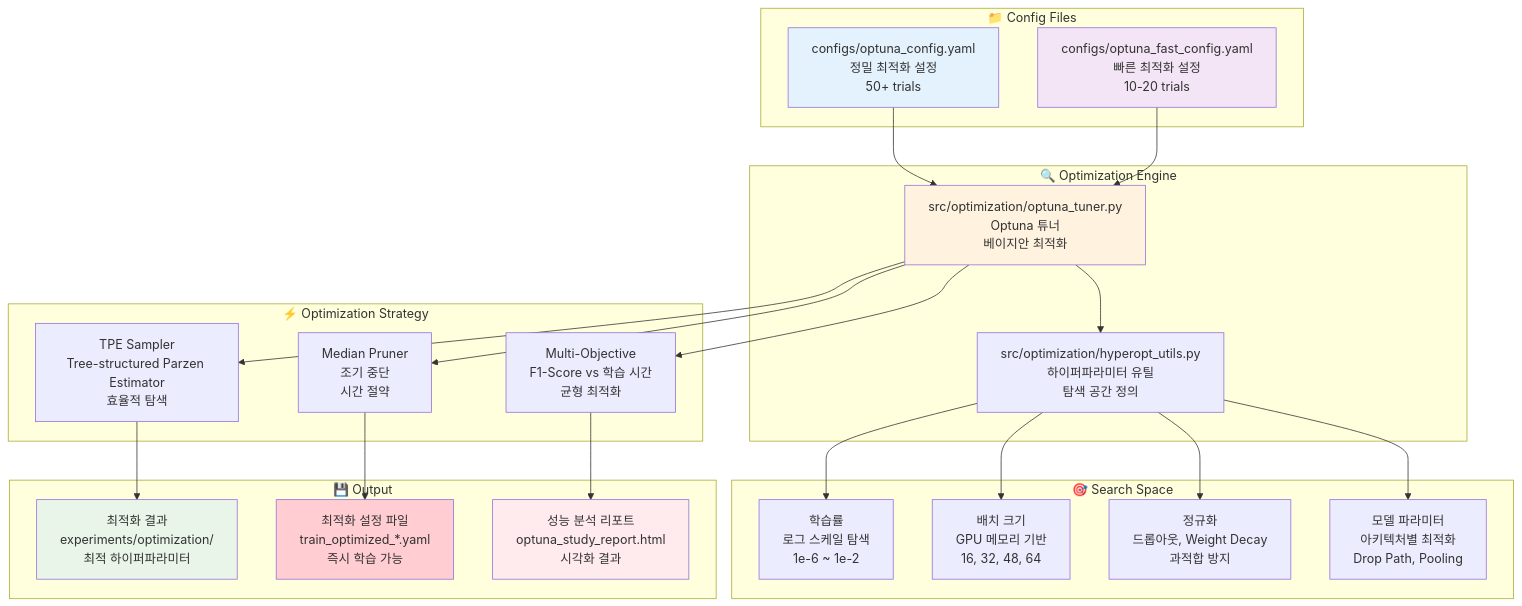
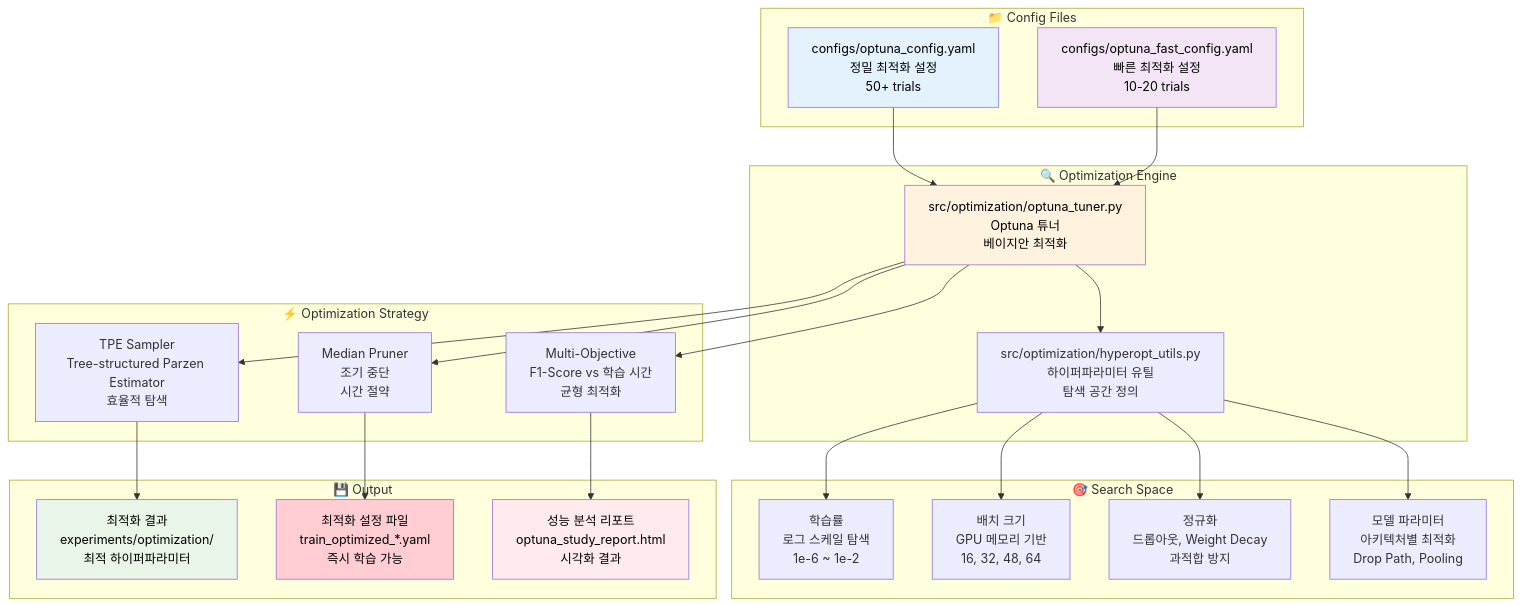
Before and after one commit to nimnusmik/CV_documents_classification_competition: the first of 3 diagrams in docs/configs_폴더_설정 파일_생성/최적화_설정_파일_생성_가이드.md, drawn with Mermaid. The commit also changed other lines of this file and 11 other files, not shown here.

Commit message:
docs: mermaid 글자 색상 명확한 검정색으로 수정

````diff
--- a/docs/configs_폴더_설정 파일_생성/최적화_설정_파일_생성_가이드.md
+++ b/docs/configs_폴더_설정 파일_생성/최적화_설정_파일_생성_가이드.md
@@ -17,55 +17,55 @@
 ```mermaid
 graph TB
     subgraph "📁 Config Files"
         A[configs/optuna_config.yaml<br/>정밀 최적화 설정<br/>50+ trials]
         B[configs/optuna_fast_config.yaml<br/>빠른 최적화 설정<br/>10-20 trials]
     end
     
     subgraph "🔍 Optimization Engine"
         C[src/optimization/optuna_tuner.py<br/>Optuna 튜너<br/>베이지안 최적화]
         D[src/optimization/hyperopt_utils.py<br/>하이퍼파라미터 유틸<br/>탐색 공간 정의]
     end
     
     subgraph "🎯 Search Space"
         E[학습률<br/>로그 스케일 탐색<br/>1e-6 ~ 1e-2]
         F[배치 크기<br/>GPU 메모리 기반<br/>16, 32, 48, 64]
         G[정규화<br/>드롭아웃, Weight Decay<br/>과적합 방지]
         H[모델 파라미터<br/>아키텍처별 최적화<br/>Drop Path, Pooling]
     end
     
     subgraph "⚡ Optimization Strategy"
         I[TPE Sampler<br/>Tree-structured Parzen Estimator<br/>효율적 탐색]
         J[Median Pruner<br/>조기 중단<br/>시간 절약]
         K[Multi-Objective<br/>F1-Score vs 학습 시간<br/>균형 최적화]
     end
     
     subgraph "💾 Output"
         L[최적화 결과<br/>experiments/optimization/<br/>최적 하이퍼파라미터]
         M[최적화 설정 파일<br/>train_optimized_*.yaml<br/>즉시 학습 가능]
         N[성능 분석 리포트<br/>optuna_study_report.html<br/>시각화 결과]
     end
     
     A --> C
     B --> C
     C --> D
     
     D --> E
     D --> F
     D --> G
     D --> H
     
     C --> I
     C --> J
     C --> K
     
     I --> L
     J --> M
     K --> N
     
-    style A fill:#e3f2fd
-    style B fill:#f3e5f5
-    style C fill:#fff3e0
-    style L fill:#e8f5e8
-    style M fill:#ffcdd2
-    style N fill:#ffebee
+    style A fill:#e3f2fd, color:#000000
+    style B fill:#f3e5f5, color:#000000
+    style C fill:#fff3e0, color:#000000
+    style L fill:#e8f5e8, color:#000000
+    style M fill:#ffcdd2, color:#000000
+    style N fill:#ffebee, color:#000000
 ```
````
